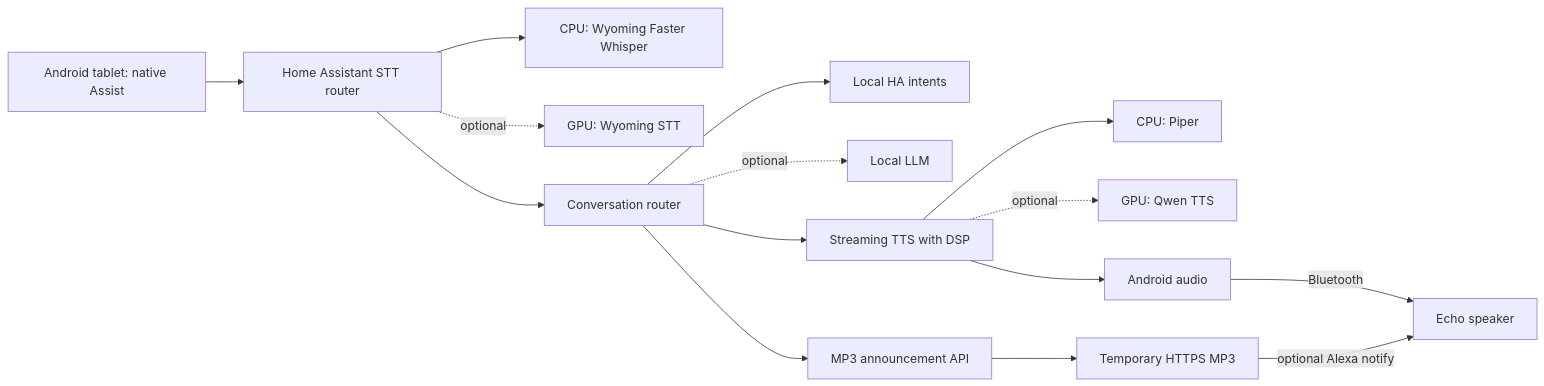
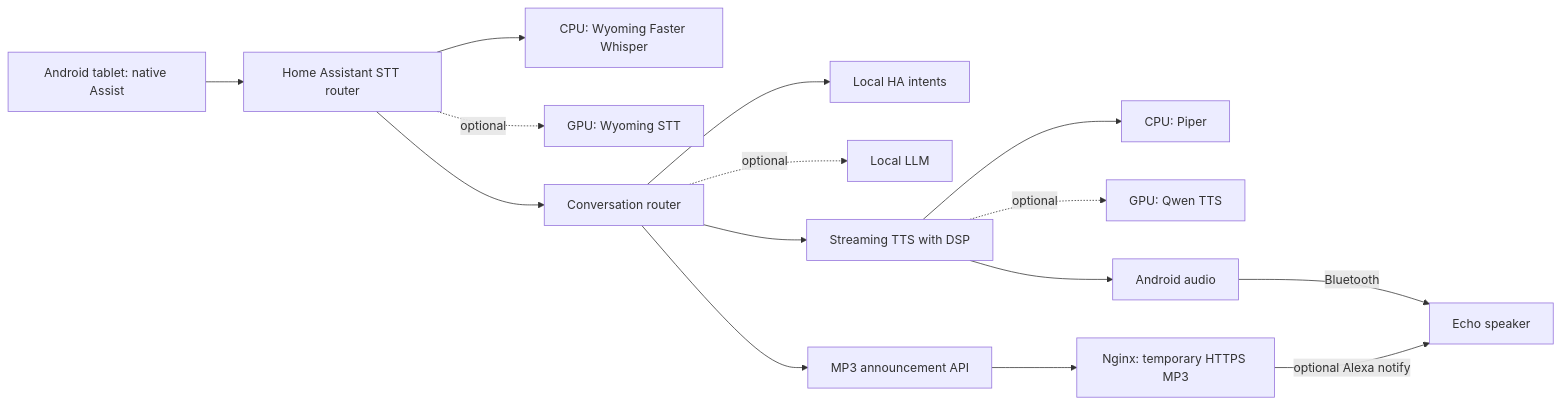
One commit to michaelbudisch/tablet-assist-for-alexa changed the diagram in README.md. Above: the diagram before and after it, drawn with Mermaid. The commit also changed other lines of this file and 34 other files, not shown here.

````diff
--- a/README.md
+++ b/README.md
@@ -11,17 +13,17 @@
 ```mermaid
 flowchart LR
   A[Android tablet: native Assist] --> B[Home Assistant STT router]
   B --> C[CPU: Wyoming Faster Whisper]
   B -. optional .-> D[GPU: Wyoming STT]
   B --> E[Conversation router]
   E --> F[Local HA intents]
   E -. optional .-> G[Local LLM]
   E --> H[Streaming TTS with DSP]
   H --> I[CPU: Piper]
   H -. optional .-> J[GPU: Qwen TTS]
   H --> K[Android audio]
   K -->|Bluetooth| O[Echo speaker]
   E --> M[MP3 announcement API]
-  M --> N[Temporary HTTPS MP3]
+  M --> N[Nginx: temporary HTTPS MP3]
   N -->|optional Alexa notify| O
 ```
````
